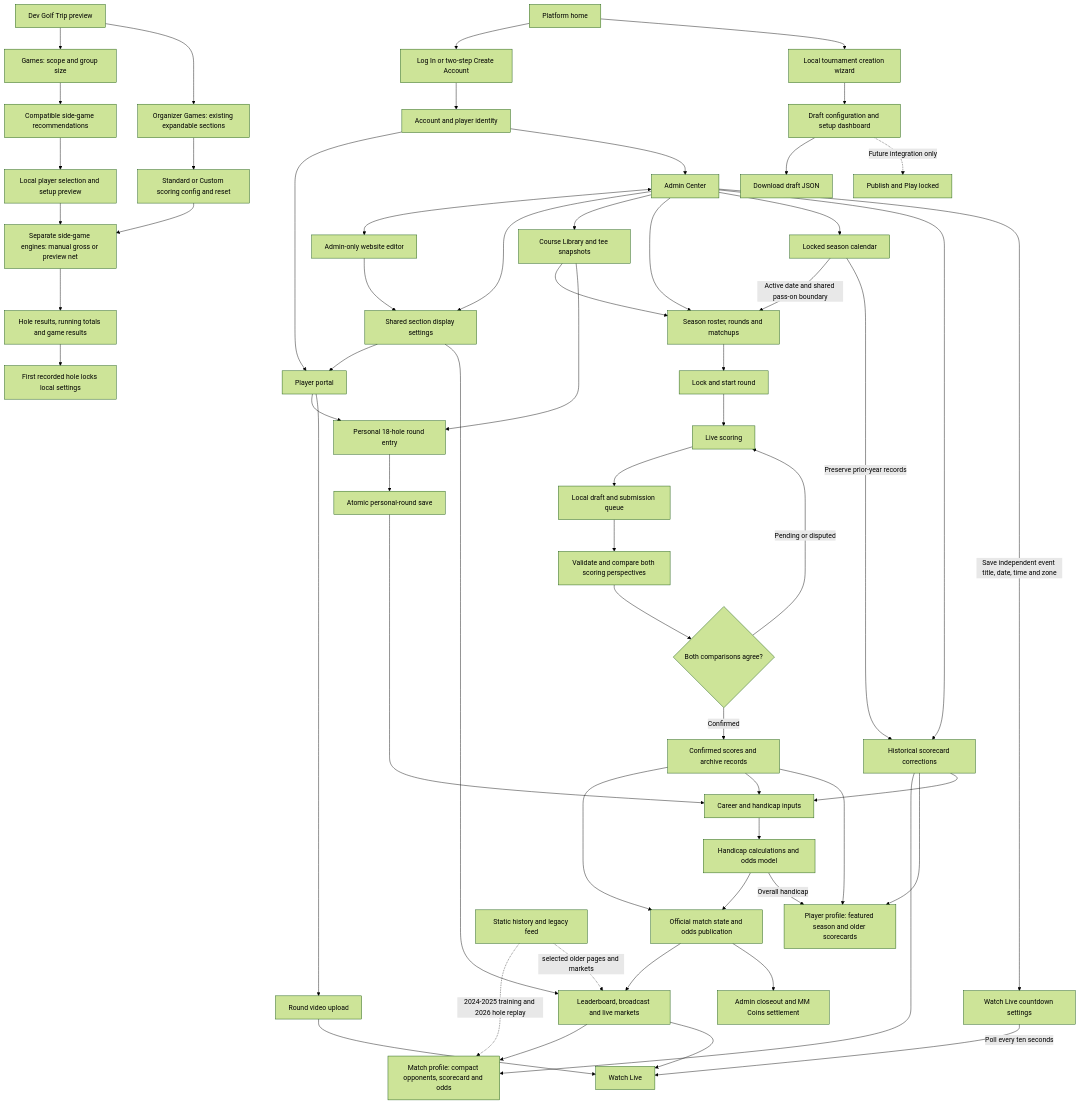
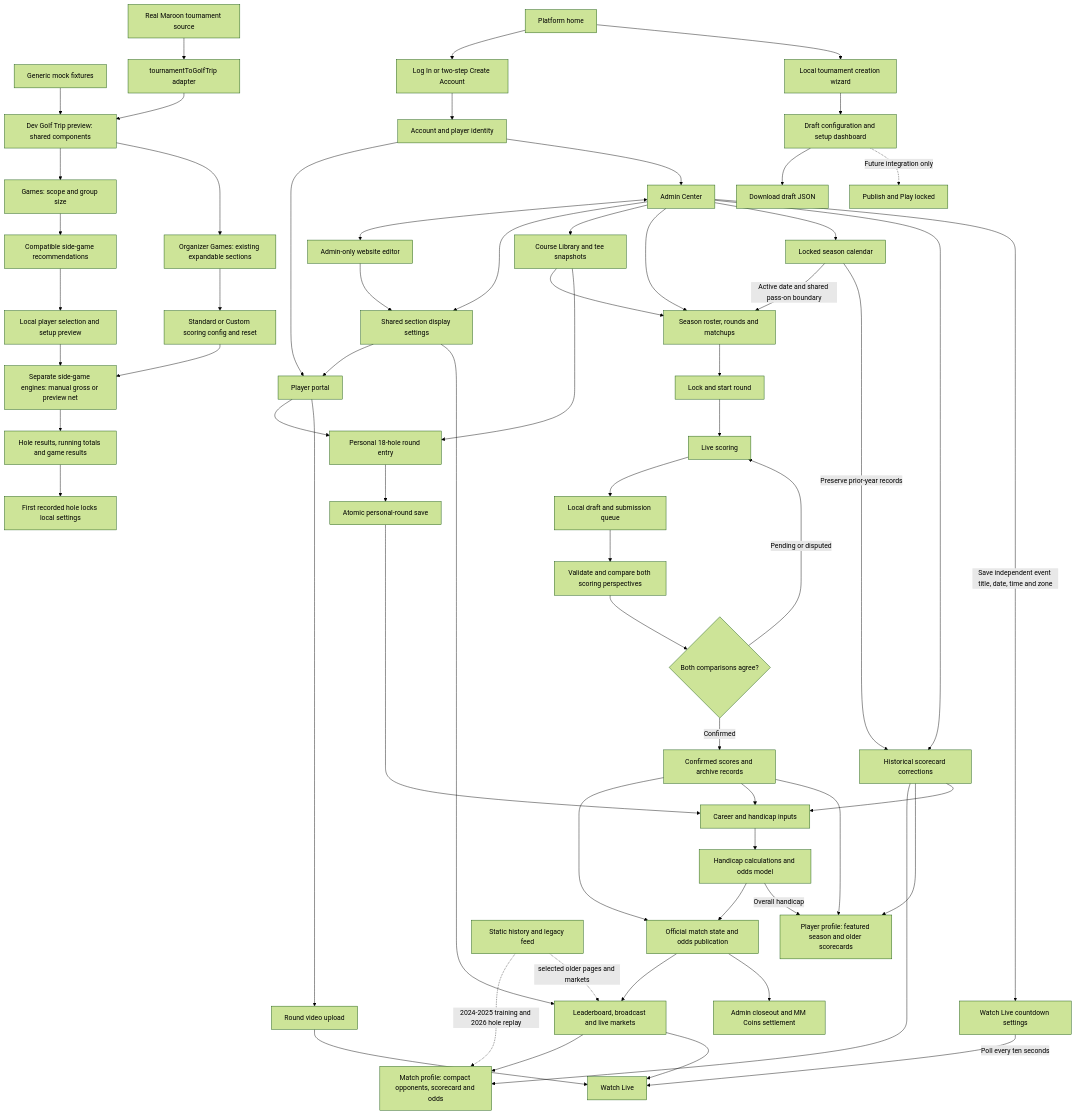
The diagram in docs/app-workflow.md (cadebarone00/MM-Website), drawn with Mermaid (forest theme) before and after one commit. The commit also changed other lines of this file and 24 other files, not shown here.

```diff
--- a/docs/app-workflow.md
+++ b/docs/app-workflow.md
@@ -34,7 +38,10 @@
   %% Dev Settings wheel opens a maroon Trip Settings layout with the fixture trip name at top right beside a back chevron, General/Organizer text-and-underline selector, short cream category boxes with gold accents and shadows and no phone status icons; General/Organizer selection is local; General shows six Place holder cards and Organizer starts with Players and Competition followed by four Place holder cards and site bottom navigation is hidden.
   %% Golf Trip dev preview: settings wheel > Organizer > Competition opens a round-selection sheet with one day/round/course box per round, then selected-round maroon Spectral settings with gold switches and circular formats retaining all round data; Save returns to the round-selection sheet with memory-only edits; shared layout state supplies organizer settings; Golf Competition uses independent fictional format samples; started rounds lock edits. Resets on reload; no persistence or scoring integration.
   %% New Game and Info Add share the same action-sheet popup presentation; game scope choices remain Whole Tournament / Per Round.
-  GP[Dev Golf Trip preview] --> GS[Games: scope and group size]
+  GM[Generic mock fixtures] --> GP[Dev Golf Trip preview: shared components]
+  MT[Real Maroon tournament source] --> TA[tournamentToGolfTrip adapter]
+  TA --> GP
+  GP --> GS[Games: scope and group size]
   GS --> GR[Compatible side-game recommendations]
   GR --> GU[Local player selection and setup preview]
   GU --> GE[Separate side-game engines: manual gross or preview net]
@@ -62,6 +69,7 @@
   %% Tournament home hero uses a neutral black readability gradient over desktop video and mobile photo.
   %% Browser tabs use a single dark-maroon M with a thin muted metallic-gold outline on transparent alpha through favicon.ico (16/32/48px) and icon.png (64px), shared by tournament and journal routes.
   %% Public entry: / opens the platform home; editorial stays at /the-maroon; founding tournament Home stays at /website.
+  %% Root homepage Motion pilot: Discover button press and Join Tournament card hover/tap only; reduced motion disables animation. Other shared patterns remain unapplied.
   %% The Maroon routes replace tournament chrome with their own maroon header and tournament-site link to /website; a shallow shared photo hero holds schedule-style Home/category navigation.
   %% More places The Maroon photo home link below social links, followed by Courses, Equipment, Teaching and News; public journal pages use existing course/history links and explicit unpublished-section placeholders.
   %% Active follows handoff; the next year becomes Upcoming the day after the active event end date in its time zone; later years are Future. Event countdown follows Upcoming Session 1 / Match 1 saved date and time, independent of home display settings or setup locks.
```
